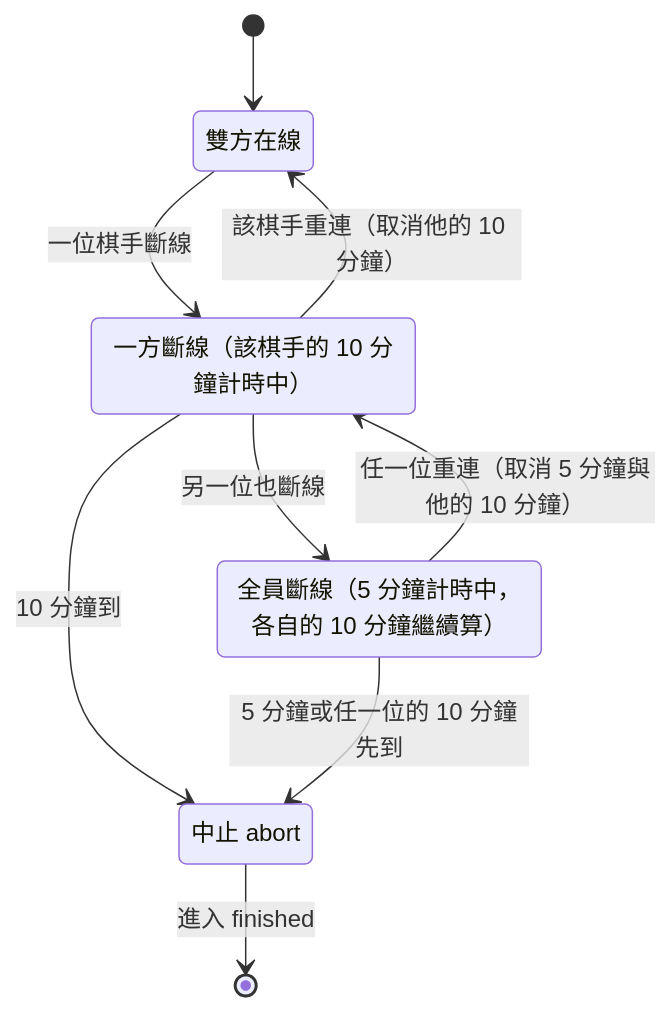
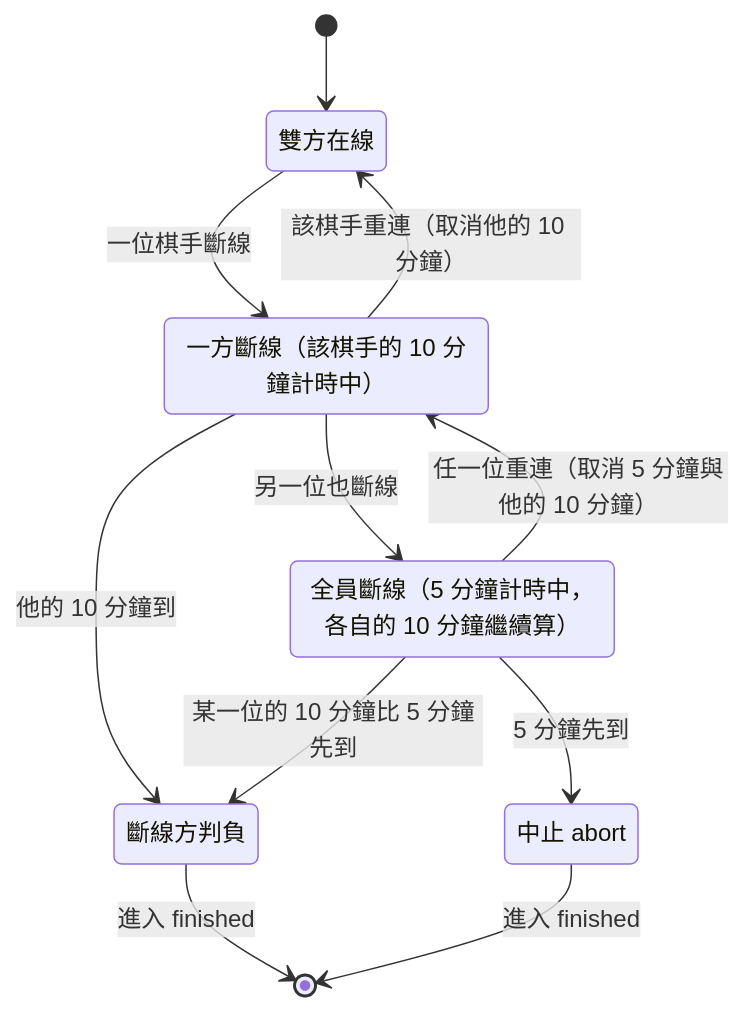
Before and after one commit to yshsu0918/yi-arena: the fifth of 6 diagrams in docs/spec_v2.md, drawn with Mermaid. The commit also changed other lines of this file and 2 other files, not shown here.

````diff
--- a/docs/spec_v2.md
+++ b/docs/spec_v2.md
@@ -380,16 +380,19 @@
 ```mermaid
 stateDiagram-v2
   state "雙方在線" as both
   state "一方斷線（該棋手的 10 分鐘計時中）" as one
   state "全員斷線（5 分鐘計時中，各自的 10 分鐘繼續算）" as none
+  state "斷線方判負" as lose
   state "中止 abort" as abort
 
   [*] --> both
   both --> one: 一位棋手斷線
   one --> both: 該棋手重連（取消他的 10 分鐘）
   one --> none: 另一位也斷線
   none --> one: 任一位重連（取消 5 分鐘與他的 10 分鐘）
-  one --> abort: 10 分鐘到
-  none --> abort: 5 分鐘或任一位的 10 分鐘先到
+  one --> lose: 他的 10 分鐘到
+  none --> lose: 某一位的 10 分鐘比 5 分鐘先到
+  none --> abort: 5 分鐘先到
+  lose --> [*]: 進入 finished
   abort --> [*]: 進入 finished
 ```
````
